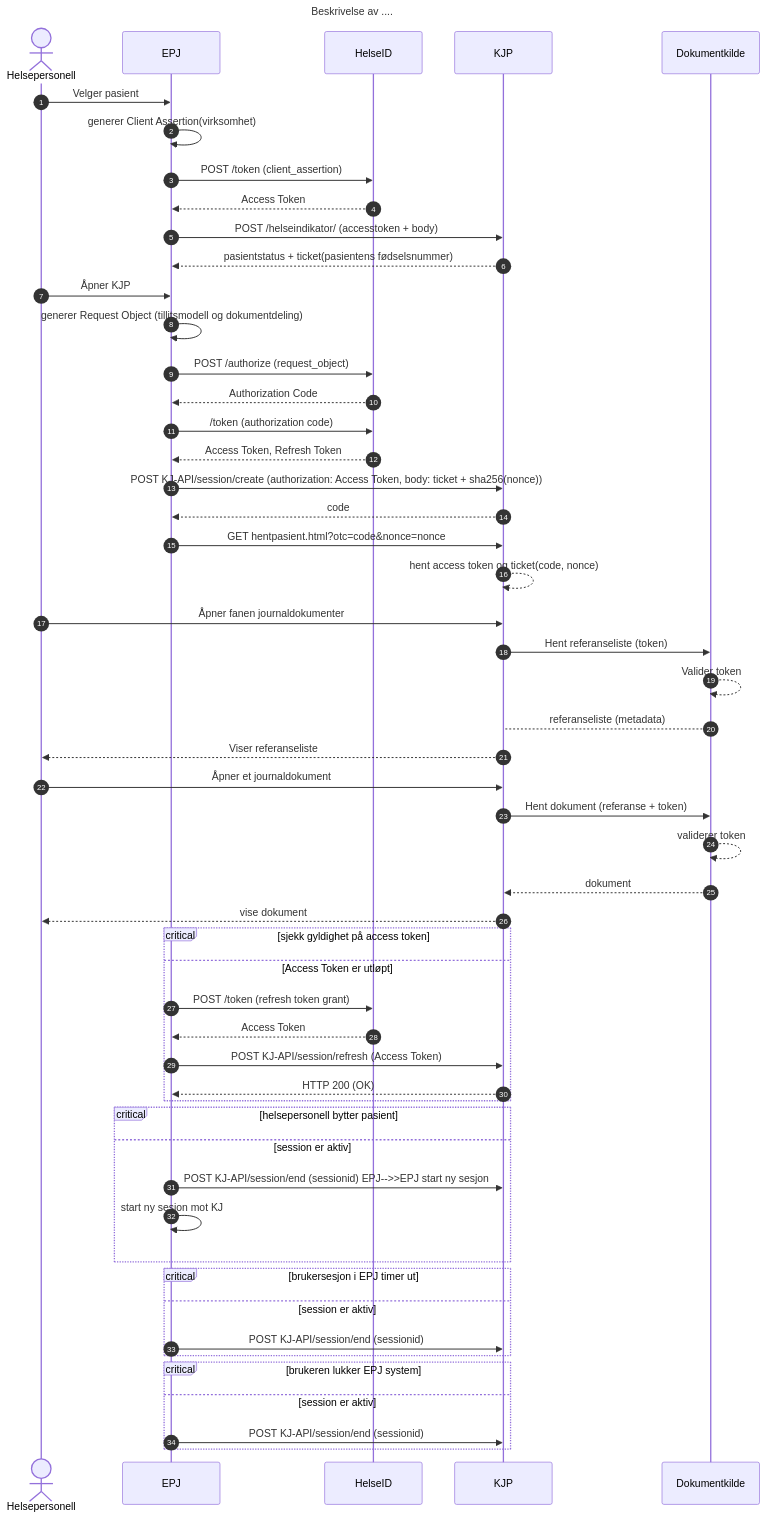
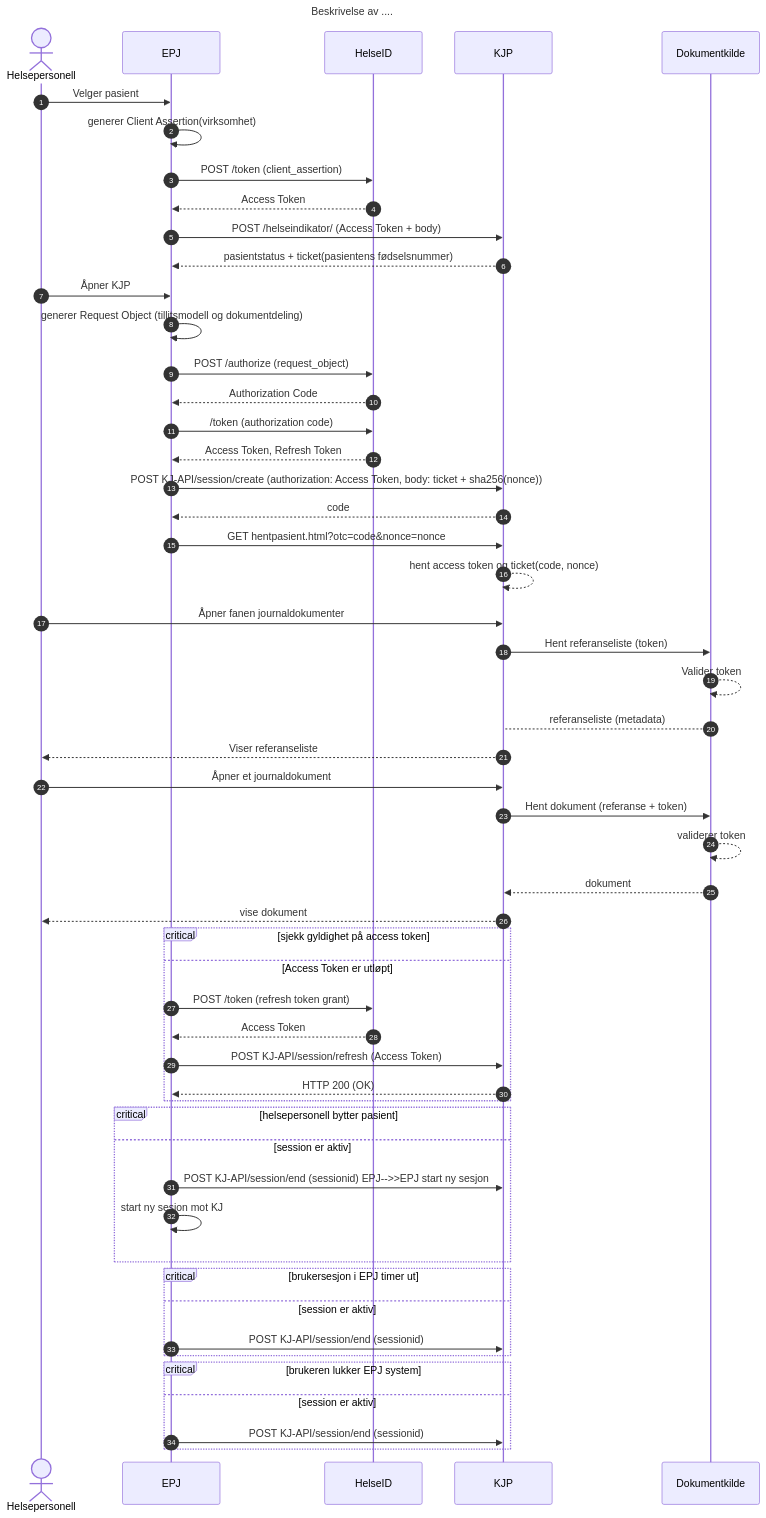
The diagram in specs/dokumentdeling_overordnet_spec.md (NorskHelsenett/Tillitsrammeverk), drawn with Mermaid before and after one commit.

Commit message:
Endret accesstoken til Access Token

`````diff
--- a/specs/dokumentdeling_overordnet_spec.md
+++ b/specs/dokumentdeling_overordnet_spec.md
@@ -52,65 +52,65 @@
 ````mermaid
 sequenceDiagram 
   autonumber
   title Beskrivelse av ....
   actor HP as Helsepersonell
   participant EPJ
   participant HelseID
   participant KJP
   participant Dokumentkilde
 
   HP->>EPJ: Velger pasient
   EPJ->>EPJ: generer Client Assertion(virksomhet)
   EPJ->>HelseID: POST /token (client_assertion)
   HelseID-->>EPJ: Access Token
-  EPJ->>KJP: POST /helseindikator/ (accesstoken + body)
+  EPJ->>KJP: POST /helseindikator/ (Access Token + body)
   KJP-->>EPJ: pasientstatus + ticket(pasientens fødselsnummer)
   HP->>EPJ: Åpner KJP
   EPJ->>EPJ: generer Request Object (tillitsmodell og dokumentdeling)
   EPJ->>HelseID: POST /authorize (request_object)
   HelseID-->>EPJ: Authorization Code
   EPJ->>HelseID: /token (authorization code)
   HelseID-->>EPJ: Access Token, Refresh Token
   EPJ->>KJP: POST KJ-API/session/create (authorization: Access Token, body: ticket + sha256(nonce))
   KJP-->>EPJ: code
   EPJ->>KJP: GET hentpasient.html?otc=code&nonce=nonce
   KJP-->>KJP: hent access token og ticket(code, nonce)
   HP->>KJP: Åpner fanen journaldokumenter
   KJP->>Dokumentkilde: Hent referanseliste (token)
  
   Dokumentkilde-->>Dokumentkilde: Valider token
   Dokumentkilde-->KJP: referanseliste (metadata)
  
   KJP-->>HP: Viser referanseliste
   HP->>KJP: Åpner et journaldokument
   KJP->>Dokumentkilde: Hent dokument (referanse + token)
   Dokumentkilde-->>Dokumentkilde: validerer token
   Dokumentkilde-->>KJP: dokument
   KJP-->>HP: vise dokument
 
   critical sjekk gyldighet på access token
 
     option Access Token er utløpt
         EPJ->>HelseID: POST /token (refresh token grant)
         HelseID-->>EPJ: Access Token
         EPJ->>KJP: POST KJ-API/session/refresh (Access Token) 
         KJP-->>EPJ: HTTP 200 (OK)
   end
 
   critical helsepersonell bytter pasient
   option session er aktiv
     EPJ->>KJP: POST KJ-API/session/end (sessionid) EPJ-->>EPJ start ny sesjon
     EPJ->>EPJ: start ny sesjon mot KJ
   end
   
   critical brukersesjon i EPJ timer ut
   option session er aktiv
     EPJ->>KJP: POST KJ-API/session/end (sessionid)
   end
 
   critical brukeren lukker EPJ system
   option session er aktiv
     EPJ->>KJP: POST KJ-API/session/end (sessionid)
 
 end 
 ````
`````
